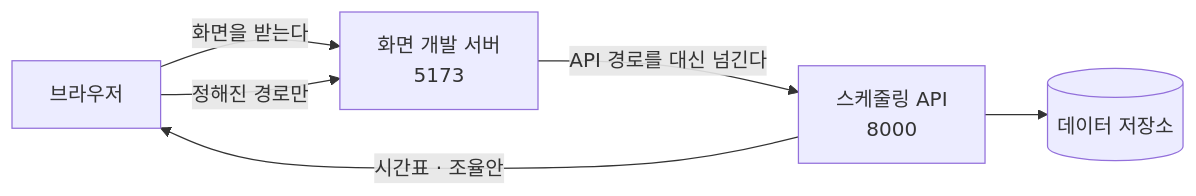
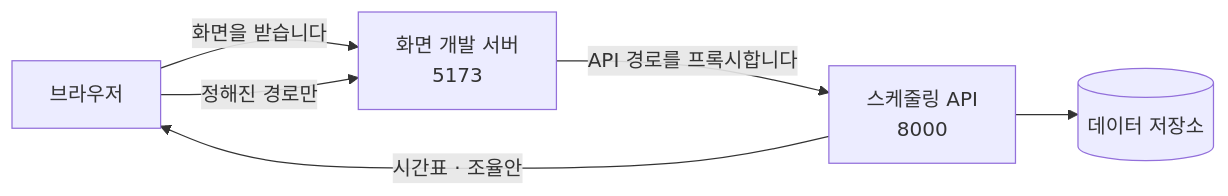
The diagram in .cluedoc/screens/README.md (minkong-dev/Banblit), drawn with Mermaid before and after one commit. The commit also changed other lines of this file and 188 other files, not shown here.

````diff
--- a/.cluedoc/screens/README.md
+++ b/.cluedoc/screens/README.md
@@ -32,8 +32,8 @@
 ```mermaid
 flowchart LR
-    B[브라우저] -->|화면을 받는다| W[화면 개발 서버<br/>5173]
+    B[브라우저] -->|화면을 받습니다| W[화면 개발 서버<br/>5173]
     B -->|정해진 경로만| W
-    W -->|API 경로를 대신 넘긴다| A[스케줄링 API<br/>8000]
+    W -->|API 경로를 프록시합니다| A[스케줄링 API<br/>8000]
     A --> D[(데이터 저장소)]
     A -->|시간표 · 조율안| B
 ```
````
